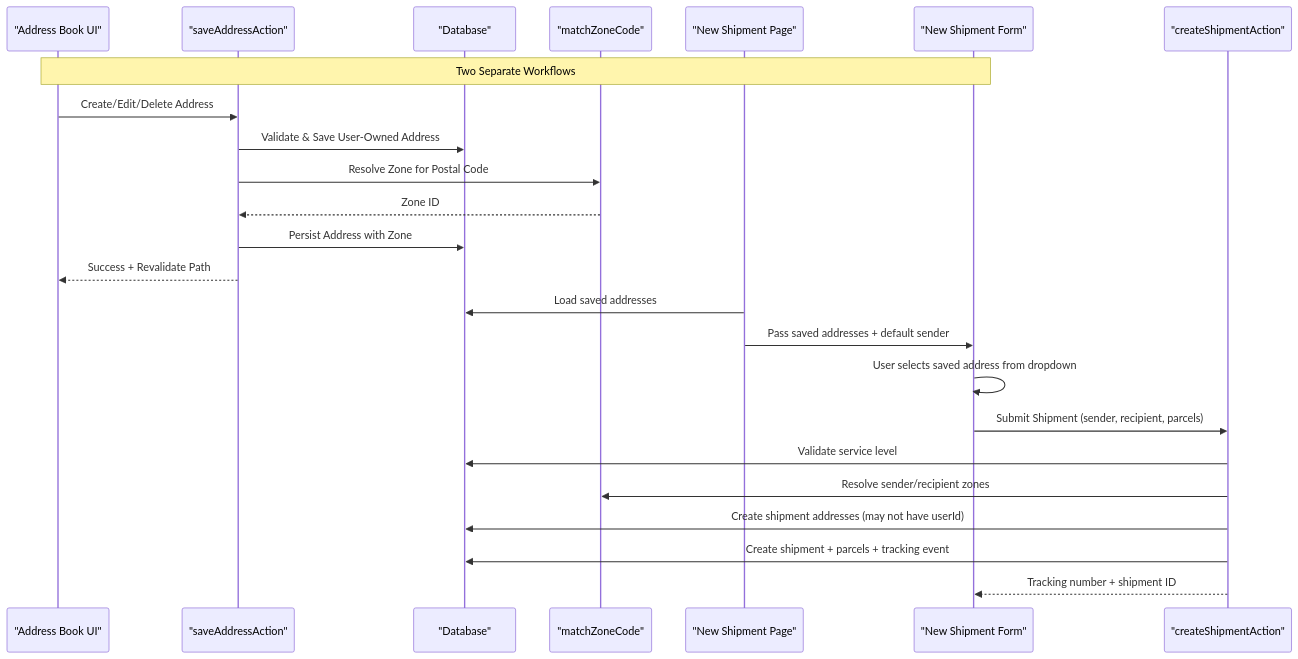
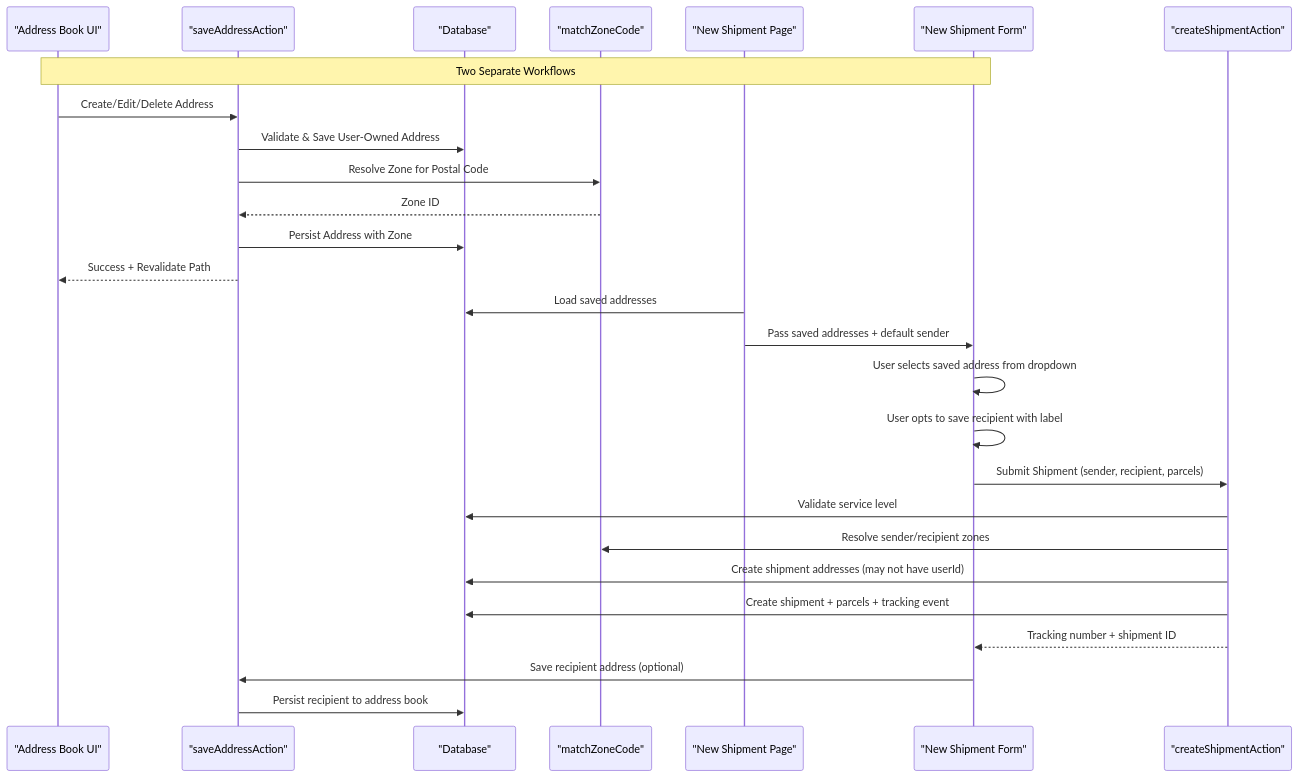
Before and after one commit to gyamposudodzi/Timberland: the second of 17 diagrams in .qoder/repowiki/en/content/Shipment Management/Address Management.md, drawn with Mermaid. The commit also changed other lines of this file and 78 other files, not shown here.

First line of the commit message:
docs(address): add optional recipient saving feature during shipment creation

````diff
--- a/.qoder/repowiki/en/content/Shipment Management/Address Management.md
+++ b/.qoder/repowiki/en/content/Shipment Management/Address Management.md
@@ -124,26 +131,29 @@
 ```mermaid
 sequenceDiagram
 participant AB as "Address Book UI"
 participant AS as "saveAddressAction"
 participant DB as "Database"
 participant Zones as "matchZoneCode"
 participant NSP as "New Shipment Page"
 participant NSF as "New Shipment Form"
 participant SA as "createShipmentAction"
 Note over AB,NSF : Two Separate Workflows
 AB->>AS : Create/Edit/Delete Address
 AS->>DB : Validate & Save User-Owned Address
 AS->>Zones : Resolve Zone for Postal Code
 Zones-->>AS : Zone ID
 AS->>DB : Persist Address with Zone
 AS-->>AB : Success + Revalidate Path
 NSP->>DB : Load saved addresses
 NSP->>NSF : Pass saved addresses + default sender
 NSF->>NSF : User selects saved address from dropdown
+NSF->>NSF : User opts to save recipient with label
 NSF->>SA : Submit Shipment (sender, recipient, parcels)
 SA->>DB : Validate service level
 SA->>Zones : Resolve sender/recipient zones
 SA->>DB : Create shipment addresses (may not have userId)
 SA->>DB : Create shipment + parcels + tracking event
 SA-->>NSF : Tracking number + shipment ID
+NSF->>AS : Save recipient address (optional)
+AS->>DB : Persist recipient to address book
 ```
````
